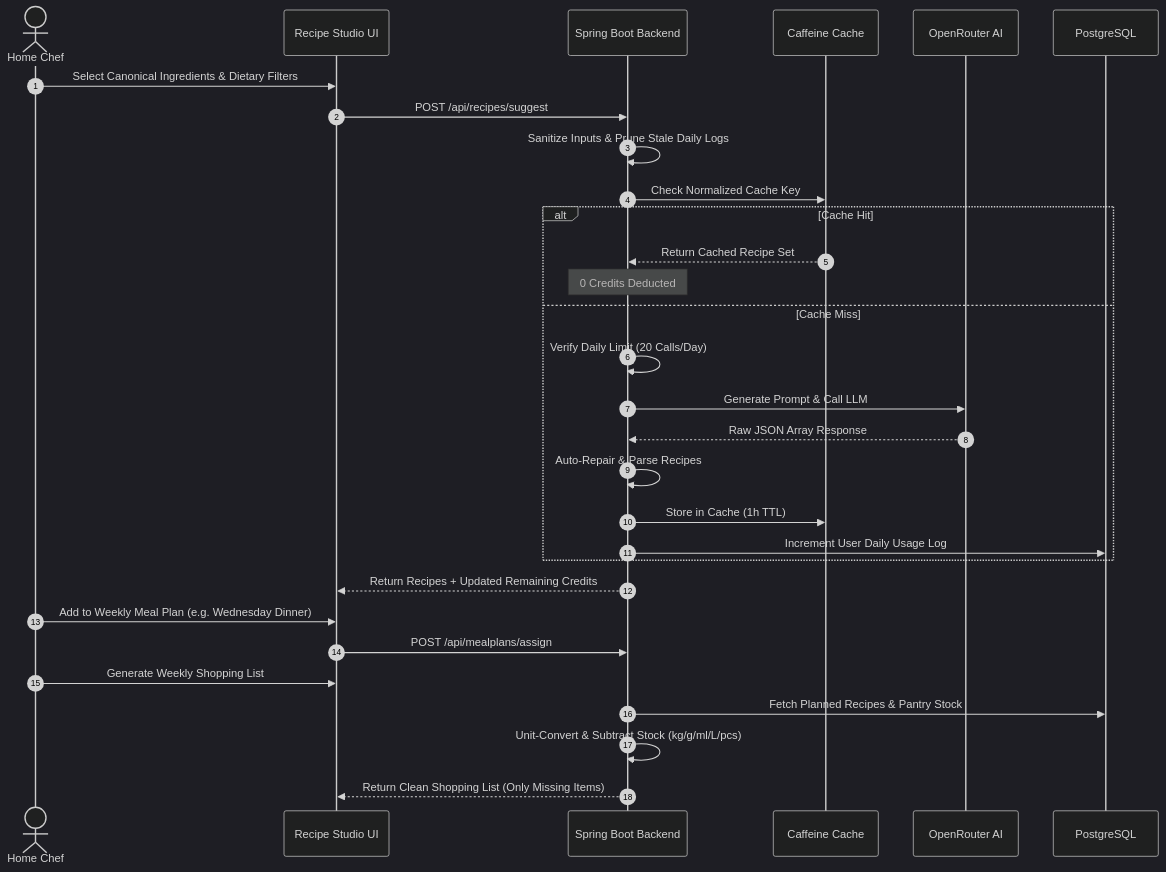
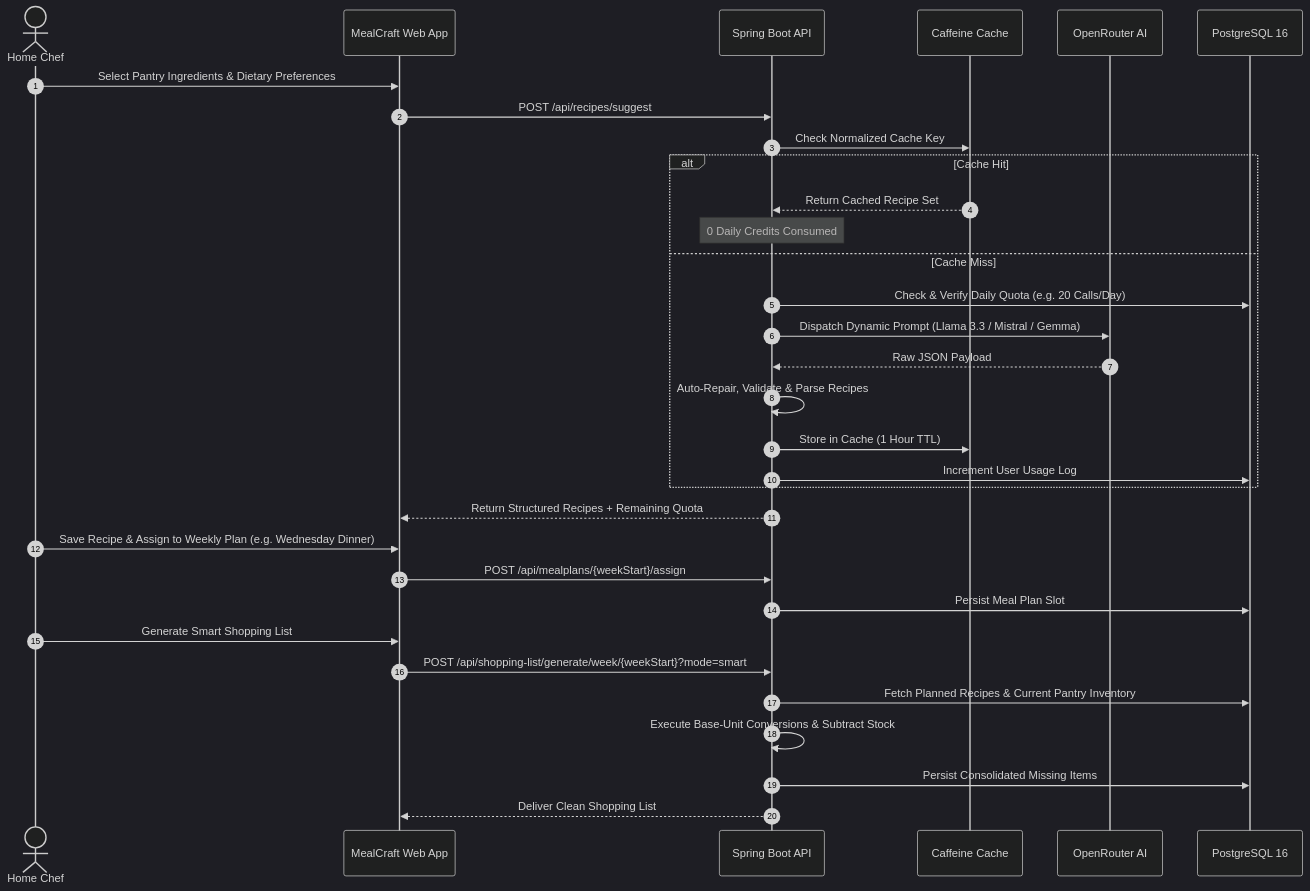
Before and after one commit to jayeshahir09/MealCraft: the second of 2 diagrams in README.md, drawn with Mermaid (dark theme). The commit also changed other lines of this file and 1 other file, not shown here.

````diff
--- a/README.md
+++ b/README.md
@@ -85,35 +143,38 @@
 ```mermaid
 sequenceDiagram
     autonumber
-    actor User as Home Chef
-    participant UI as Recipe Studio UI
-    participant API as Spring Boot Backend
+    actor Chef as Home Chef
+    participant UI as MealCraft Web App
+    participant API as Spring Boot API
     participant Cache as Caffeine Cache
     participant LLM as OpenRouter AI
-    participant DB as PostgreSQL
+    participant DB as PostgreSQL 16
 
-    User->>UI: Select Canonical Ingredients & Dietary Filters
+    Chef->>UI: Select Pantry Ingredients & Dietary Preferences
     UI->>API: POST /api/recipes/suggest
-    API->>API: Sanitize Inputs & Prune Stale Daily Logs
     API->>Cache: Check Normalized Cache Key
 
     alt Cache Hit
         Cache-->>API: Return Cached Recipe Set
-        Note over API: 0 Credits Deducted
+        Note over API: 0 Daily Credits Consumed
     else Cache Miss
-        API->>API: Verify Daily Limit (20 Calls/Day)
-        API->>LLM: Generate Prompt & Call LLM
-        LLM-->>API: Raw JSON Array Response
-        API->>API: Auto-Repair & Parse Recipes
-        API->>Cache: Store in Cache (1h TTL)
-        API->>DB: Increment User Daily Usage Log
+        API->>DB: Check & Verify Daily Quota (e.g. 20 Calls/Day)
+        API->>LLM: Dispatch Dynamic Prompt (Llama 3.3 / Mistral / Gemma)
+        LLM-->>API: Raw JSON Payload
+        API->>API: Auto-Repair, Validate & Parse Recipes
+        API->>Cache: Store in Cache (1 Hour TTL)
+        API->>DB: Increment User Usage Log
     end
 
-    API-->>UI: Return Recipes + Updated Remaining Credits
-    User->>UI: Add to Weekly Meal Plan (e.g. Wednesday Dinner)
-    UI->>API: POST /api/mealplans/assign
-    User->>UI: Generate Weekly Shopping List
-    API->>DB: Fetch Planned Recipes & Pantry Stock
-    API->>API: Unit-Convert & Subtract Stock (kg/g/ml/L/pcs)
-    API-->>UI: Return Clean Shopping List (Only Missing Items)
+    API-->>UI: Return Structured Recipes + Remaining Quota
+    Chef->>UI: Save Recipe & Assign to Weekly Plan (e.g. Wednesday Dinner)
+    UI->>API: POST /api/mealplans/{weekStart}/assign
+    API->>DB: Persist Meal Plan Slot
+
+    Chef->>UI: Generate Smart Shopping List
+    UI->>API: POST /api/shopping-list/generate/week/{weekStart}?mode=smart
+    API->>DB: Fetch Planned Recipes & Current Pantry Inventory
+    API->>API: Execute Base-Unit Conversions & Subtract Stock
+    API->>DB: Persist Consolidated Missing Items
+    API-->>UI: Deliver Clean Shopping List
 ```
````
